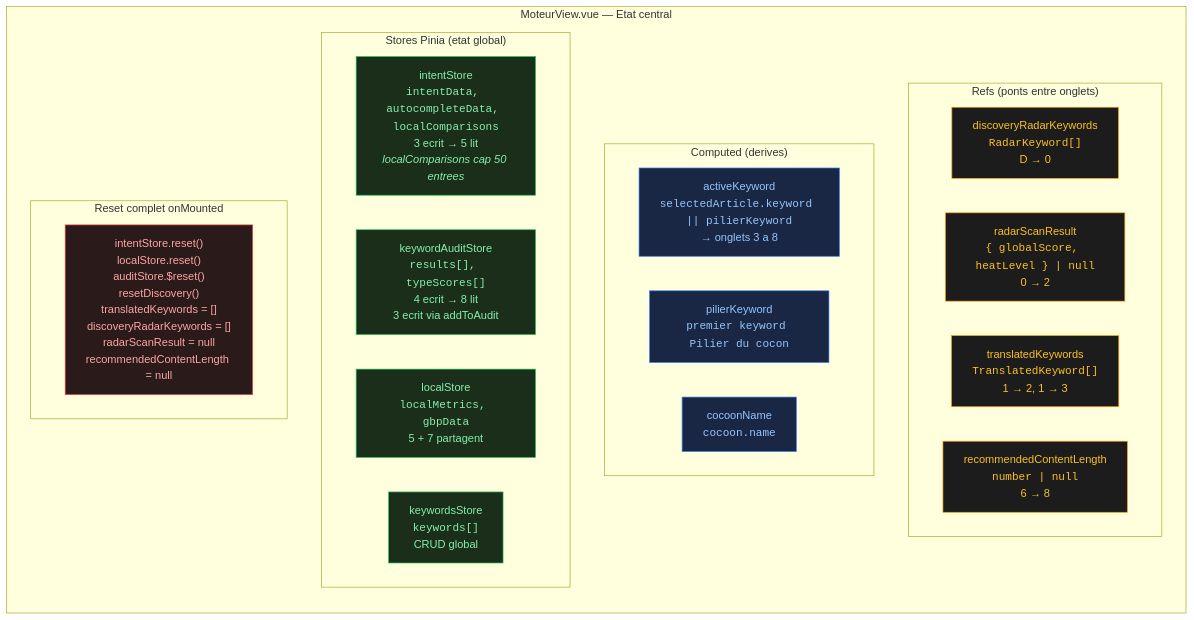
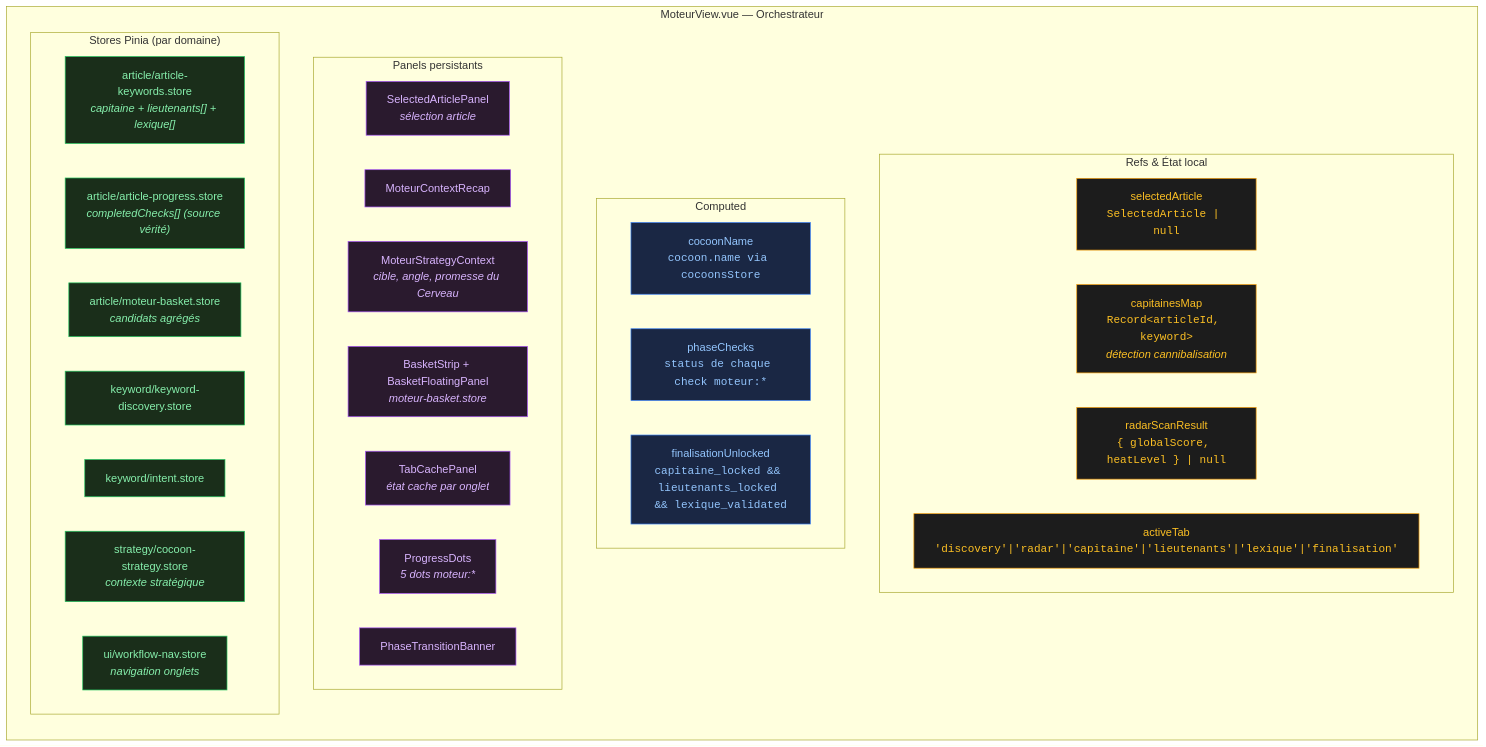
One commit to annubis-knight/Blog_Redactor_SEO changed the second of 12 diagrams in docs/moteur-data-flow.md. Above: the diagram before and after it, drawn with Mermaid. The commit also changed other lines of this file and 400 other files, not shown here.

````diff
--- a/docs/moteur-data-flow.md
+++ b/docs/moteur-data-flow.md
@@ -53,35 +52,44 @@
 ```mermaid
 flowchart TB
   classDef ref fill:#1c1c1c,stroke:#f59e0b,color:#fbbf24
   classDef store fill:#1a2e1a,stroke:#22c55e,color:#86efac
   classDef computed fill:#1a2744,stroke:#3b82f6,color:#93c5fd
-  classDef reset fill:#2a1a1a,stroke:#ef4444,color:#fca5a5
+  classDef panel fill:#2a1a2e,stroke:#a855f7,color:#d8b4fe
 
-  subgraph MOTEUR_VIEW["MoteurView.vue — Etat central"]
+  subgraph MOTEUR_VIEW["MoteurView.vue — Orchestrateur"]
     direction TB
 
-    subgraph REFS["Refs (ponts entre onglets)"]
-      R1["discoveryRadarKeywords<br/><code>RadarKeyword[]</code><br/>D → 0"]:::ref
-      R2["radarScanResult<br/><code>{ globalScore, heatLevel } | null</code><br/>0 → 2"]:::ref
-      R3["translatedKeywords<br/><code>TranslatedKeyword[]</code><br/>1 → 2, 1 → 3"]:::ref
-      R4["recommendedContentLength<br/><code>number | null</code><br/>6 → 8"]:::ref
+    subgraph REFS["Refs & État local"]
+      R1["selectedArticle<br/><code>SelectedArticle | null</code>"]:::ref
+      R2["capitainesMap<br/><code>Record&lt;articleId, keyword&gt;</code><br/><i>détection cannibalisation</i>"]:::ref
+      R3["radarScanResult<br/><code>{ globalScore, heatLevel } | null</code>"]:::ref
+      R4["activeTab<br/><code>'discovery'|'radar'|'capitaine'|'lieutenants'|'lexique'|'finalisation'</code>"]:::ref
     end
 
-    subgraph COMP["Computed (derives)"]
-      C1["activeKeyword<br/><code>selectedArticle.keyword || pilierKeyword</code><br/>→ onglets 3 a 8"]:::computed
-      C2["pilierKeyword<br/><code>premier keyword Pilier du cocon</code>"]:::computed
-      C3["cocoonName<br/><code>cocoon.name</code>"]:::computed
+    subgraph COMP["Computed"]
+      C1["cocoonName<br/><code>cocoon.name via cocoonsStore</code>"]:::computed
+      C2["phaseChecks<br/><code>status de chaque check moteur:*</code>"]:::computed
+      C3["finalisationUnlocked<br/><code>capitaine_locked && lieutenants_locked && lexique_validated</code>"]:::computed
     end
 
-    subgraph STORES["Stores Pinia (etat global)"]
-      S1["intentStore<br/><code>intentData, autocompleteData, localComparisons</code><br/>3 ecrit → 5 lit<br/><i>localComparisons cap 50 entrees</i>"]:::store
-      S2["keywordAuditStore<br/><code>results[], typeScores[]</code><br/>4 ecrit → 8 lit<br/>3 ecrit via addToAudit"]:::store
-      S3["localStore<br/><code>localMetrics, gbpData</code><br/>5 + 7 partagent"]:::store
-      S4["keywordsStore<br/><code>keywords[]</code><br/>CRUD global"]:::store
+    subgraph PANELS["Panels persistants"]
+      P1["SelectedArticlePanel<br/><i>sélection article</i>"]:::panel
+      P2["MoteurContextRecap"]:::panel
+      P3["MoteurStrategyContext<br/><i>cible, angle, promesse du Cerveau</i>"]:::panel
+      P4["BasketStrip + BasketFloatingPanel<br/><i>moteur-basket.store</i>"]:::panel
+      P5["TabCachePanel<br/><i>état cache par onglet</i>"]:::panel
+      P6["ProgressDots<br/><i>5 dots moteur:*</i>"]:::panel
+      P7["PhaseTransitionBanner"]:::panel
     end
 
-    subgraph RESET["Reset complet onMounted"]
-      RST["intentStore.reset()<br/>localStore.reset()<br/>auditStore.$reset()<br/>resetDiscovery()<br/>translatedKeywords = []<br/>discoveryRadarKeywords = []<br/>radarScanResult = null<br/>recommendedContentLength = null"]:::reset
+    subgraph STORES["Stores Pinia (par domaine)"]
+      S1["article/article-keywords.store<br/><i>capitaine + lieutenants[] + lexique[]</i>"]:::store
+      S2["article/article-progress.store<br/><i>completedChecks[] (source vérité)</i>"]:::store
+      S3["article/moteur-basket.store<br/><i>candidats agrégés</i>"]:::store
+      S4["keyword/keyword-discovery.store"]:::store
+      S5["keyword/intent.store"]:::store
+      S6["strategy/cocoon-strategy.store<br/><i>contexte stratégique</i>"]:::store
+      S7["ui/workflow-nav.store<br/><i>navigation onglets</i>"]:::store
     end
   end
 ```
````
